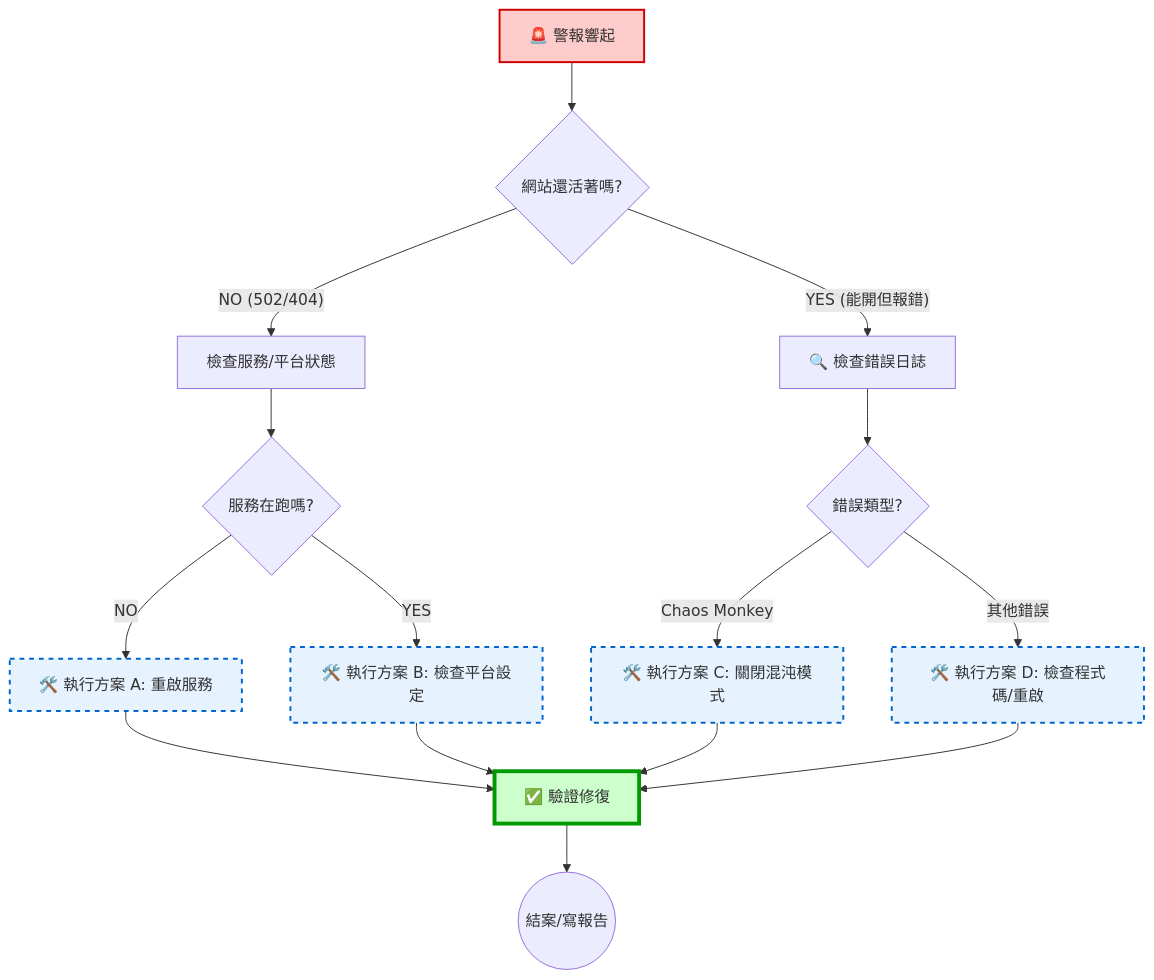
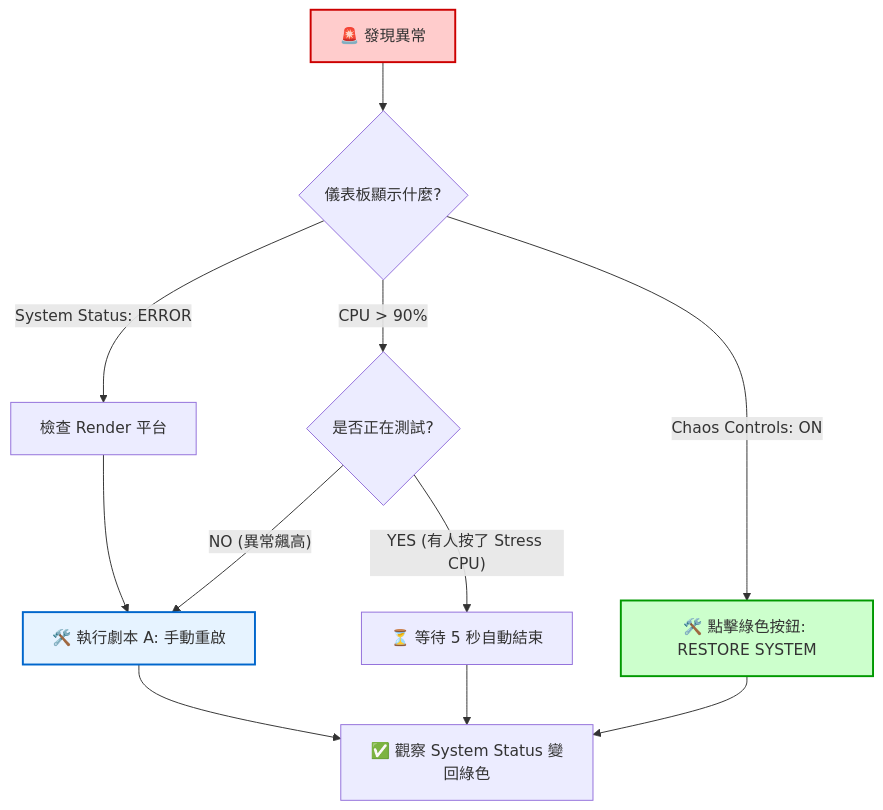
The diagram in README.md (Kiwi-Peng/hw11), drawn with Mermaid before and after one commit.

````diff
--- a/README.md
+++ b/README.md
@@ -1,36 +1,26 @@
 ```mermaid
 graph TD
-    Start[🚨 警報響起] --> Check{網站還活著嗎?}
-
-    %% 分支 1: 服務死掉 (502/404)
-    %% 修改：不再檢查 Docker 容器，改為檢查服務狀態 (例如 Render)
-    Check -- NO (502/404) --> CheckStatus[檢查服務/平台狀態]
-    CheckStatus --> IsRunning{服務在跑嗎?}
-    IsRunning -- NO --> Restart[🛠️ 執行方案 A: 重啟服務]
-    IsRunning -- YES --> CheckConfig[🛠️ 執行方案 B: 檢查平台設定]
-
-    %% 分支 2: 服務活著但報錯
-    %% 修改：移除 DB Error，保留 Chaos Monkey 和一般錯誤
-    Check -- YES (能開但報錯) --> CheckLogs[🔍 檢查錯誤日誌]
-    CheckLogs --> ErrorType{錯誤類型?}
-    ErrorType -- "Chaos Monkey" --> StopChaos[🛠️ 執行方案 C: 關閉混沌模式]
-    ErrorType -- "其他錯誤" --> CheckCode[🛠️ 執行方案 D: 檢查程式碼/重啟]
-
-    %% 匯聚與驗證
-    Restart --> Verify[✅ 驗證修復]
-    CheckConfig --> Verify
-    StopChaos --> Verify
-    CheckCode --> Verify
-
-    Verify --> End((結案/寫報告))
-
-    %% 樣式設計 (保持一致)
+    Start[🚨 發現異常] --> CheckUI{儀表板顯示什麼?}
+    
+    %% 分支 1: 服務死掉
+    CheckUI -- "System Status: ERROR" --> CheckRender[檢查 Render 平台]
+    CheckRender --> Restart[🛠️ 執行劇本 A: 手動重啟]
+    
+    %% 分支 2: CPU 飆高
+    CheckUI -- "CPU > 90%" --> CheckChaos{是否正在測試?}
+    CheckChaos -- YES (有人按了 Stress CPU) --> Wait[⏳ 等待 5 秒自動結束]
+    CheckChaos -- NO (異常飆高) --> Restart
+    
+    %% 分支 3: 混沌模式忘記關
+    CheckUI -- "Chaos Controls: ON" --> Restore[🛠️ 點擊綠色按鈕: RESTORE SYSTEM]
+    
+    %% 匯聚
+    Restart --> Verify[✅ 觀察 System Status 變回綠色]
+    Wait --> Verify
+    Restore --> Verify
+    
     style Start fill:#ffcccc,stroke:#cc0000,stroke-width:2px
-    style Restart fill:#e6f3ff,stroke:#0066cc,stroke-width:2px,stroke-dasharray: 5 5
-    style StopChaos fill:#e6f3ff,stroke:#0066cc,stroke-width:2px,stroke-dasharray: 5 5
-    style CheckCode fill:#e6f3ff,stroke:#0066cc,stroke-width:2px,stroke-dasharray: 5 5
-    style CheckConfig fill:#e6f3ff,stroke:#0066cc,stroke-width:2px,stroke-dasharray: 5 5
-    style Verify fill:#ccffcc,stroke:#009900,stroke-width:4px
-
+    style Restart fill:#e6f3ff,stroke:#0066cc,stroke-width:2px
+    style Restore fill:#ccffcc,stroke:#009900,stroke-width:2px
    
 ```
````
